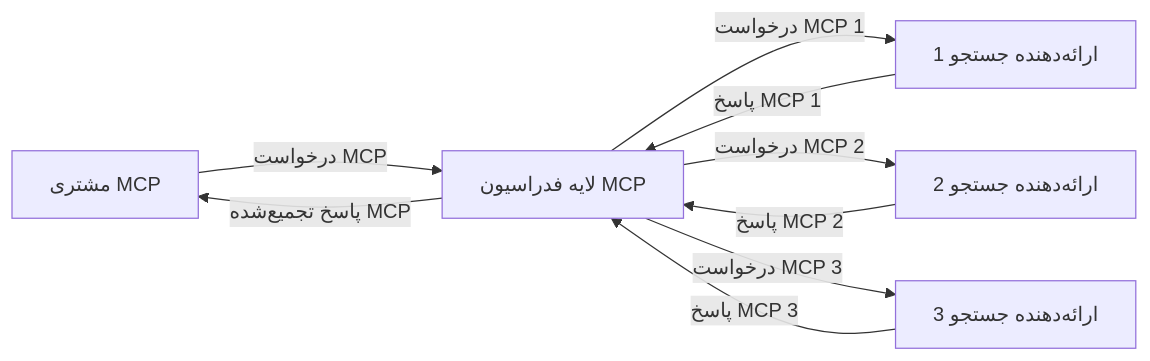
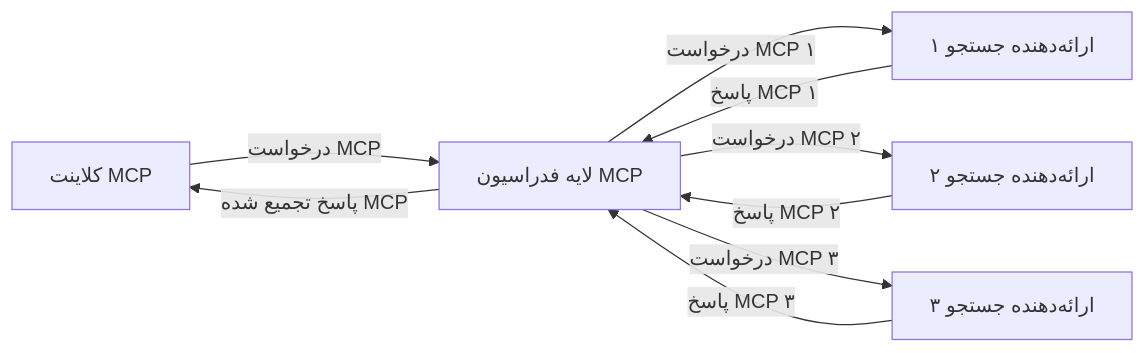
One commit to microsoft/mcp-for-beginners changed the third of 4 diagrams in translations/fa/05-AdvancedTopics/mcp-realtimesearch/README.md. Above: the diagram before and after it, drawn with Mermaid. The commit also changed other lines of this file and 118 other files, not shown here.

````diff
--- a/translations/fa/05-AdvancedTopics/mcp-realtimesearch/README.md
+++ b/translations/fa/05-AdvancedTopics/mcp-realtimesearch/README.md
@@ -611,11 +612,11 @@
 ```mermaid
 graph LR
-    Client[مشتری MCP] --> |درخواست MCP| Federation[لایه فدراسیون MCP]
-    Federation --> |درخواست MCP 1| Search1[ارائه‌دهنده جستجو 1]
-    Federation --> |درخواست MCP 2| Search2[ارائه‌دهنده جستجو 2]
-    Federation --> |درخواست MCP 3| Search3[ارائه‌دهنده جستجو 3]
-    Search1 --> |پاسخ MCP 1| Federation
-    Search2 --> |پاسخ MCP 2| Federation
-    Search3 --> |پاسخ MCP 3| Federation
-    Federation --> |پاسخ تجمیع‌شده MCP| Client
+    Client[کلاینت MCP] --> |درخواست MCP| Federation[لایه فدراسیون MCP]
+    Federation --> |درخواست MCP ۱| Search1[ارائه‌دهنده جستجو ۱]
+    Federation --> |درخواست MCP ۲| Search2[ارائه‌دهنده جستجو ۲]
+    Federation --> |درخواست MCP ۳| Search3[ارائه‌دهنده جستجو ۳]
+    Search1 --> |پاسخ MCP ۱| Federation
+    Search2 --> |پاسخ MCP ۲| Federation
+    Search3 --> |پاسخ MCP ۳| Federation
+    Federation --> |پاسخ تجمیع شده MCP| Client
 ```
````
